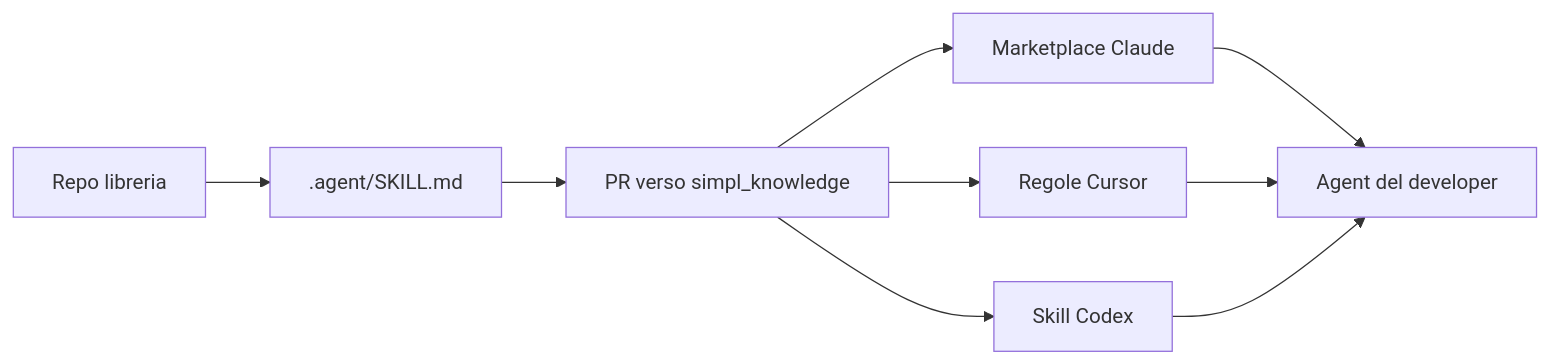
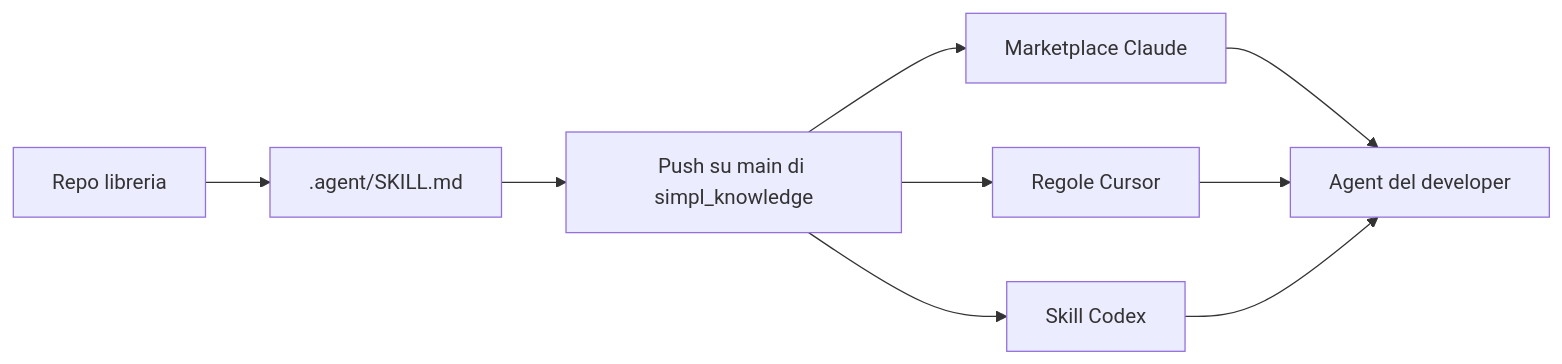
Before and after one commit to simpl-techs/simpl_knowledge: the diagram in README.md, drawn with Mermaid. The commit also changed other lines of this file and 12 other files, not shown here.

First line of the commit message:
docs(simpl-standards): direct push to main only for simpl_knowledge; branch base dev or main

````diff
--- a/README.md
+++ b/README.md
@@ -23,11 +23,11 @@
 ```mermaid
 flowchart LR
   libraryRepo[Repo libreria] --> skillFile[.agent/SKILL.md]
-  skillFile --> syncPr[PR verso simpl_knowledge]
+  skillFile --> syncPr[Push su main di simpl_knowledge]
   syncPr --> marketplace[Marketplace Claude]
   syncPr --> cursorRules[Regole Cursor]
   syncPr --> codexSkills[Skill Codex]
   marketplace --> devAgent[Agent del developer]
   cursorRules --> devAgent
   codexSkills --> devAgent
 ```
````
